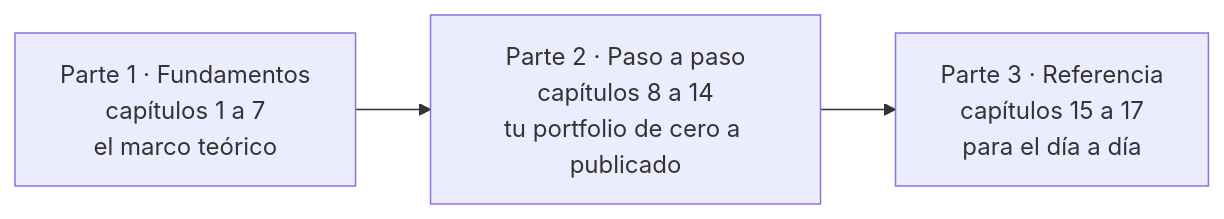
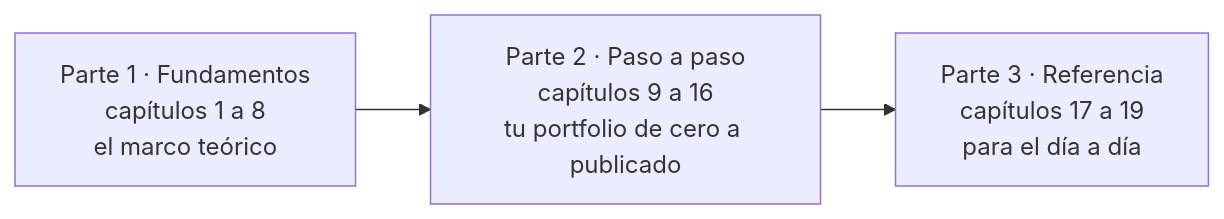
Before and after one commit to patricioprp/portfolio: the first of 2 diagrams in docs/guia-ia/README.md, drawn with Mermaid. The commit also changed other lines of this file and 104 other files, not shown here.

````diff
--- a/docs/guia-ia/README.md
+++ b/docs/guia-ia/README.md
@@ -20,6 +20,6 @@
 ```mermaid
 flowchart LR
     accTitle: Las tres partes de la guía: fundamentos, paso a paso y referencia
-    F["Parte 1 · Fundamentos<br/>capítulos 1 a 7<br/>el marco teórico"] --> T["Parte 2 · Paso a paso<br/>capítulos 8 a 14<br/>tu portfolio de cero a publicado"]
-    T --> R["Parte 3 · Referencia<br/>capítulos 15 a 17<br/>para el día a día"]
+    F["Parte 1 · Fundamentos<br/>capítulos 1 a 8<br/>el marco teórico"] --> T["Parte 2 · Paso a paso<br/>capítulos 9 a 16<br/>tu portfolio de cero a publicado"]
+    T --> R["Parte 3 · Referencia<br/>capítulos 17 a 19<br/>para el día a día"]
 ```
````
